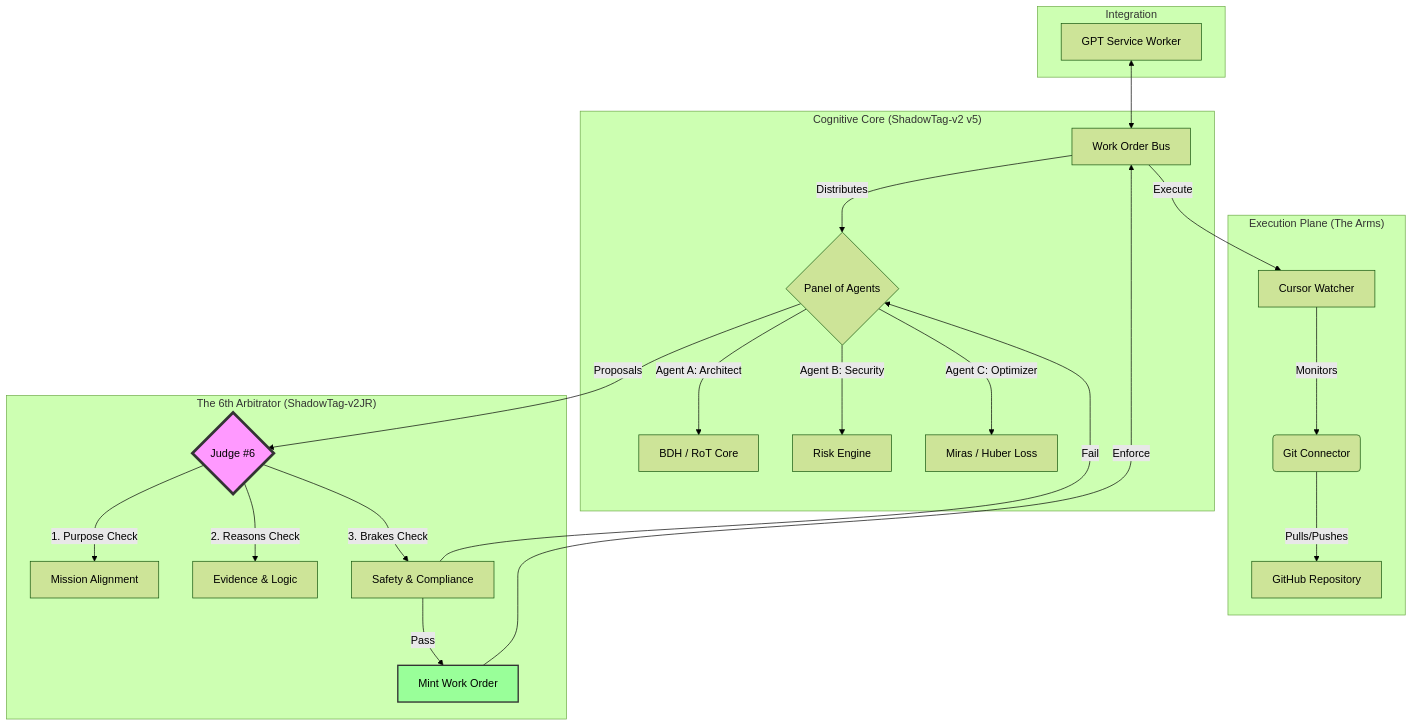
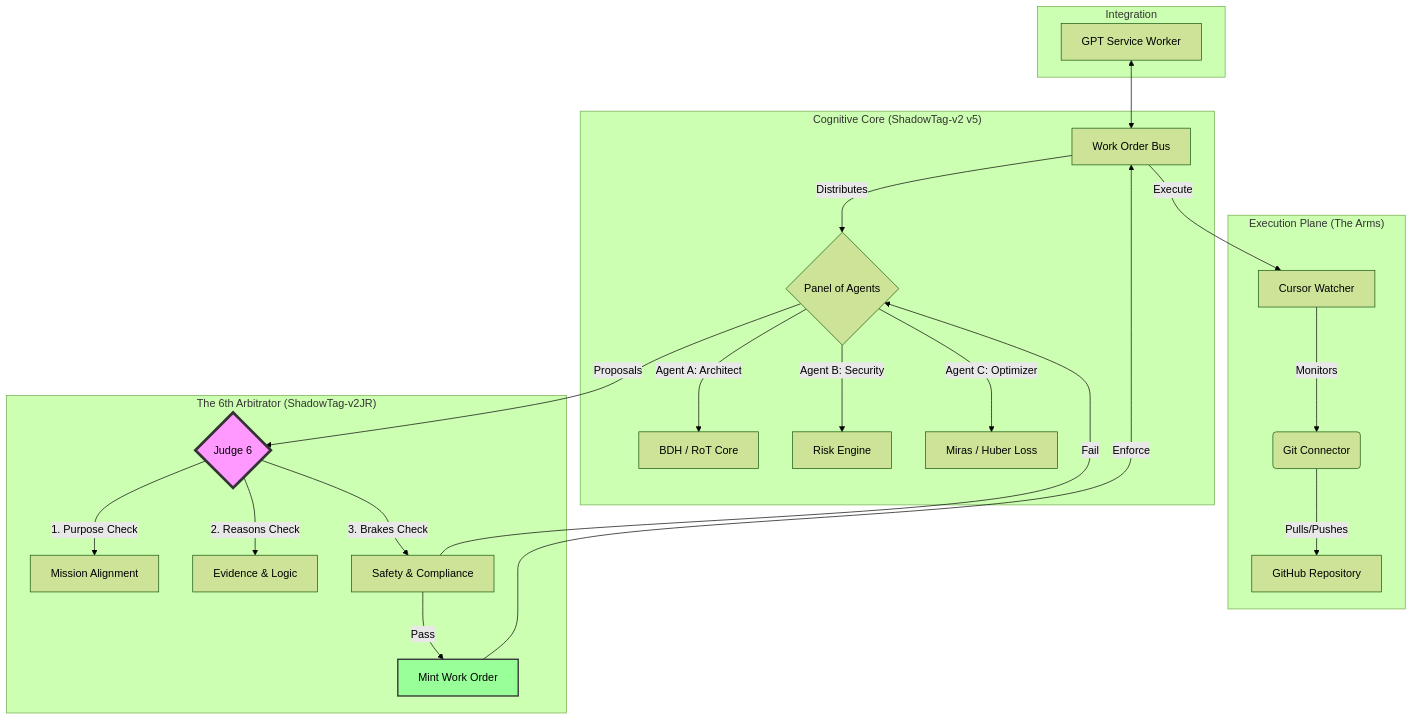
One commit to ShadowTag-v2/shadowtagai-monorepo-v2 changed the diagram in docs/legacy_shadowtag_v2/agent_archives/playground/nascent-apollo/Docs/SYSTEM_DIAGRAM_V5.md. Above: the diagram before and after it, drawn with Mermaid (forest theme). The commit also changed 976 other files, not shown here.

````diff
--- a/docs/legacy_shadowtag_v2/agent_archives/playground/nascent-apollo/Docs/SYSTEM_DIAGRAM_V5.md
+++ b/docs/legacy_shadowtag_v2/agent_archives/playground/nascent-apollo/Docs/SYSTEM_DIAGRAM_V5.md
@@ -1,33 +1,33 @@
 ```mermaid
 graph TD
     subgraph "Execution Plane (The Arms)"
         A[Cursor Watcher] -->|Monitors| B(Git Connector)
         B -->|Pulls/Pushes| C[GitHub Repository]
     end
 
     subgraph "Cognitive Core (ShadowTag-v2 v5)"
         D[Work Order Bus] -->|Distributes| E{Panel of Agents}
         E -->|Agent A: Architect| F[BDH / RoT Core]
         E -->|Agent B: Security| G[Risk Engine]
         E -->|Agent C: Optimizer| H[Miras / Huber Loss]
     end
 
     subgraph "The 6th Arbitrator (ShadowTag-v2JR)"
-        E -->|Proposals| I{Judge #6}
+        E -->|Proposals| I{Judge 6}
         I -->|1. Purpose Check| J[Mission Alignment]
         I -->|2. Reasons Check| K[Evidence & Logic]
         I -->|3. Brakes Check| L[Safety & Compliance]
 
         L -->|Pass| M[Mint Work Order]
         L -->|Fail| E
         M -->|Enforce| D
     end
 
     subgraph "Integration"
         ServiceWorker[GPT Service Worker] <--> D
         D -->|Execute| A
     end
 
     style I fill:#f9f,stroke:#333,stroke-width:4px
     style M fill:#9f9,stroke:#333,stroke-width:2px
 ```
````
